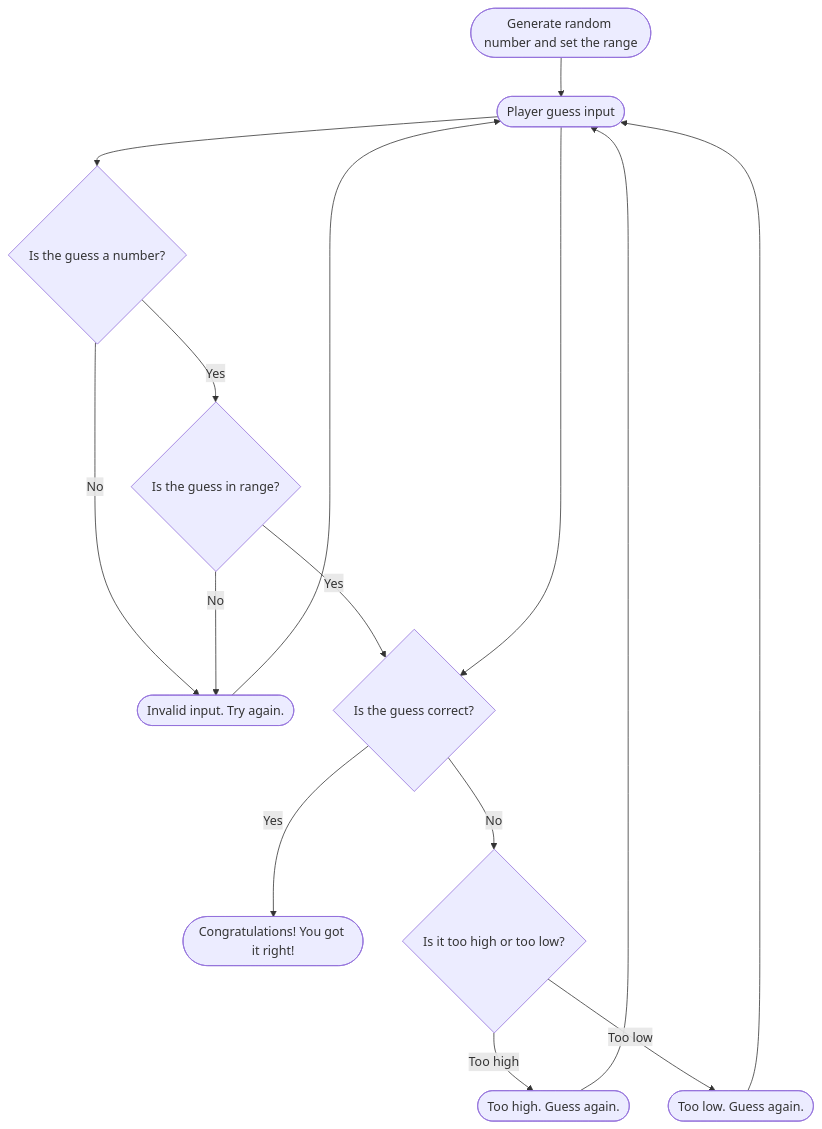
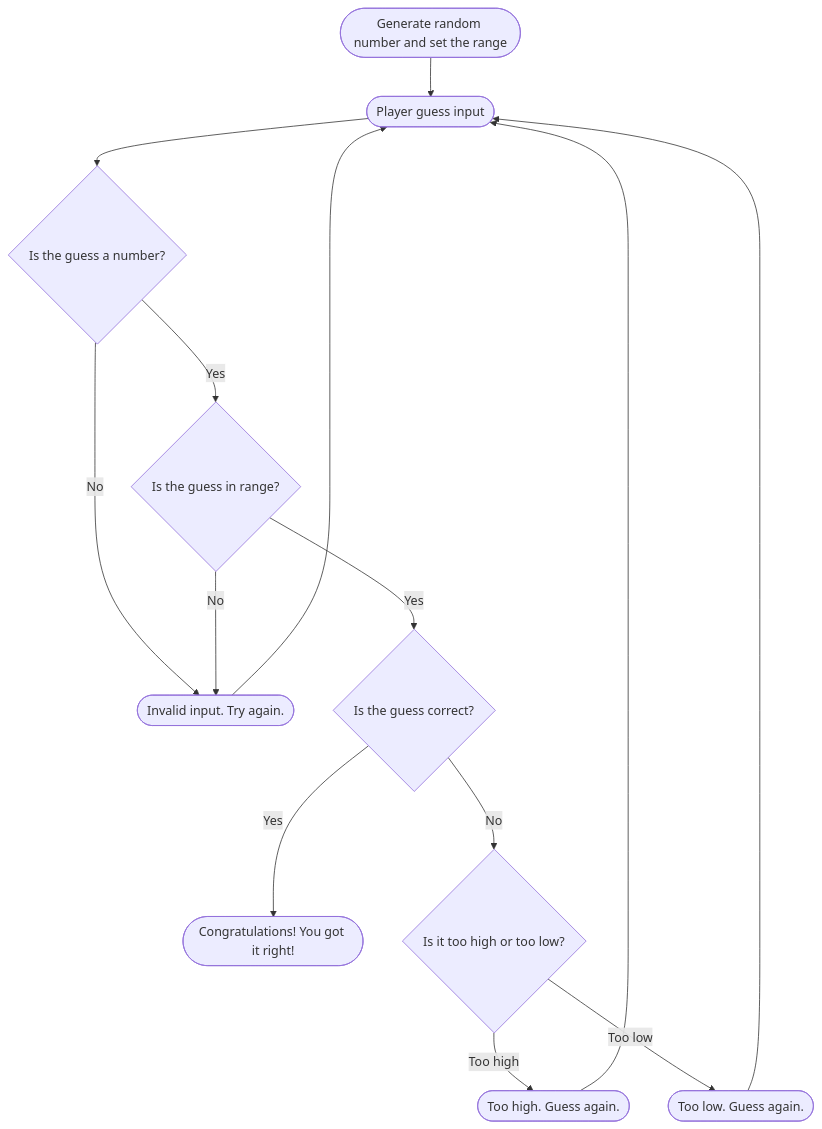
One commit to bronsonacademy/bronsonacademy.github.io changed the diagram in Guessing.md. Above: the diagram before and after it, drawn with Mermaid.

````diff
--- a/Guessing.md
+++ b/Guessing.md
@@ -4,14 +4,13 @@
 ```mermaid
 flowchart TD
  A([Generate random number and set the range]) --> B([Player guess input])
  B --> H@{ shape: diamond, label: "Is the guess a number?" }
  H -- Yes --> J@{ shape: diamond, label: "Is the guess in range?" }
  H -- No --> I([Invalid input. Try again.]) --> B
- J -- Yes --> C
+ J -- Yes --> C@{ shape: diamond, label: "Is the guess correct?" }
  J -- No --> I
- B --> C@{ shape: diamond, label: "Is the guess correct?" }
  C -- Yes --> D([Congratulations! You got it right!])
  C -- No --> E@{ shape: diamond, label: "Is it too high or too low?" }
  E -- Too high --> F([Too high. Guess again.]) --> B
  E -- Too low --> G([Too low. Guess again.]) --> B
 ```
````
